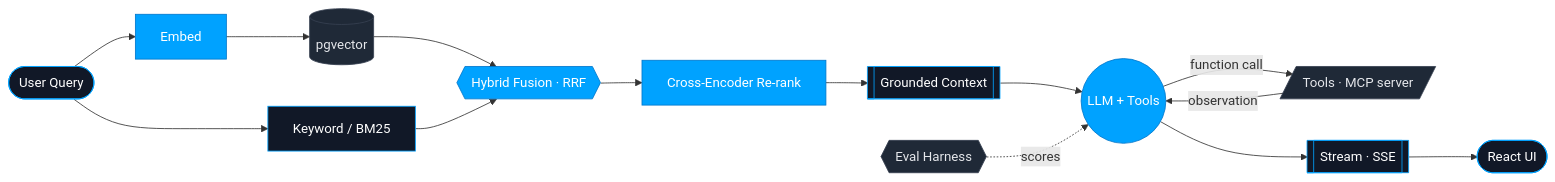
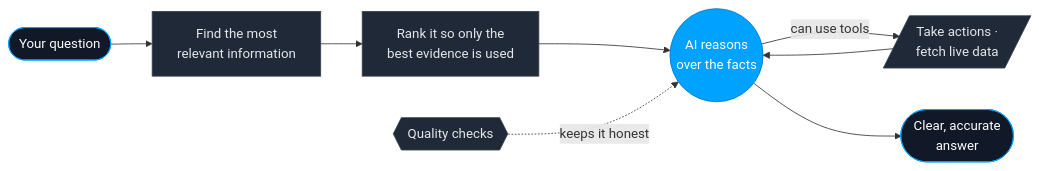
The diagram in README.md (Tharun2511/Tharun2511), drawn with Mermaid before and after one commit. The commit also changed other lines of this file, not shown here.

````diff
--- a/README.md
+++ b/README.md
@@ -50,23 +109,17 @@
 ```mermaid
 flowchart LR
-    Q([User Query]) --> EMB[Embed]
-    Q --> KW[Keyword / BM25]
-    EMB --> VEC[(pgvector)]
-    VEC --> RRF{{Hybrid Fusion · RRF}}
-    KW --> RRF
-    RRF --> RANK[Cross-Encoder Re-rank]
-    RANK --> CTX[[Grounded Context]]
-    CTX --> LLM((LLM + Tools))
-    LLM -->|function call| MCP[/Tools · MCP server/]
-    MCP -->|observation| LLM
-    LLM --> STREAM[[Stream · SSE]]
-    STREAM --> UI([React UI])
-    EVAL{{Eval Harness}} -.scores.-> LLM
+    A([Your question]) --> B[Find the most<br/>relevant information]
+    B --> C[Rank it so only the<br/>best evidence is used]
+    C --> D((AI reasons<br/>over the facts))
+    D -->|can use tools| E[/Take actions ·<br/>fetch live data/]
+    E --> D
+    D --> F([Clear, accurate<br/>answer])
+    G{{Quality checks}} -.keeps it honest.-> D
 
-    classDef ai fill:#00A2FF,stroke:#0077cc,color:#fff,stroke-width:1px;
-    classDef data fill:#1f2937,stroke:#374151,color:#e5e7eb;
+    classDef ai fill:#00A2FF,stroke:#0077cc,color:#fff;
+    classDef step fill:#1f2937,stroke:#374151,color:#e5e7eb;
     classDef io fill:#111827,stroke:#00A2FF,color:#fff;
-    class LLM,RANK,RRF,EMB ai;
-    class VEC,MCP,EVAL data;
-    class Q,UI,CTX,STREAM,KW io;
+    class D ai;
+    class B,C,E,G step;
+    class A,F io;
 ```
````
